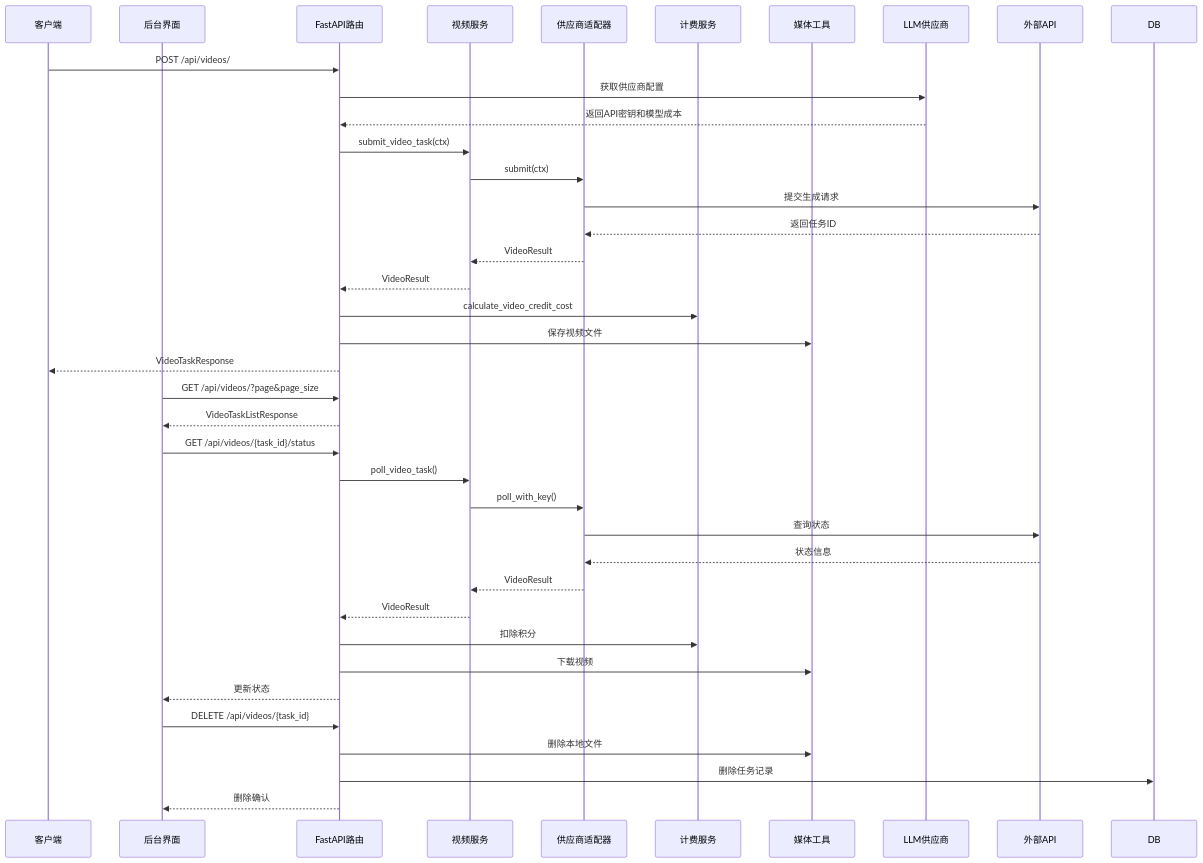
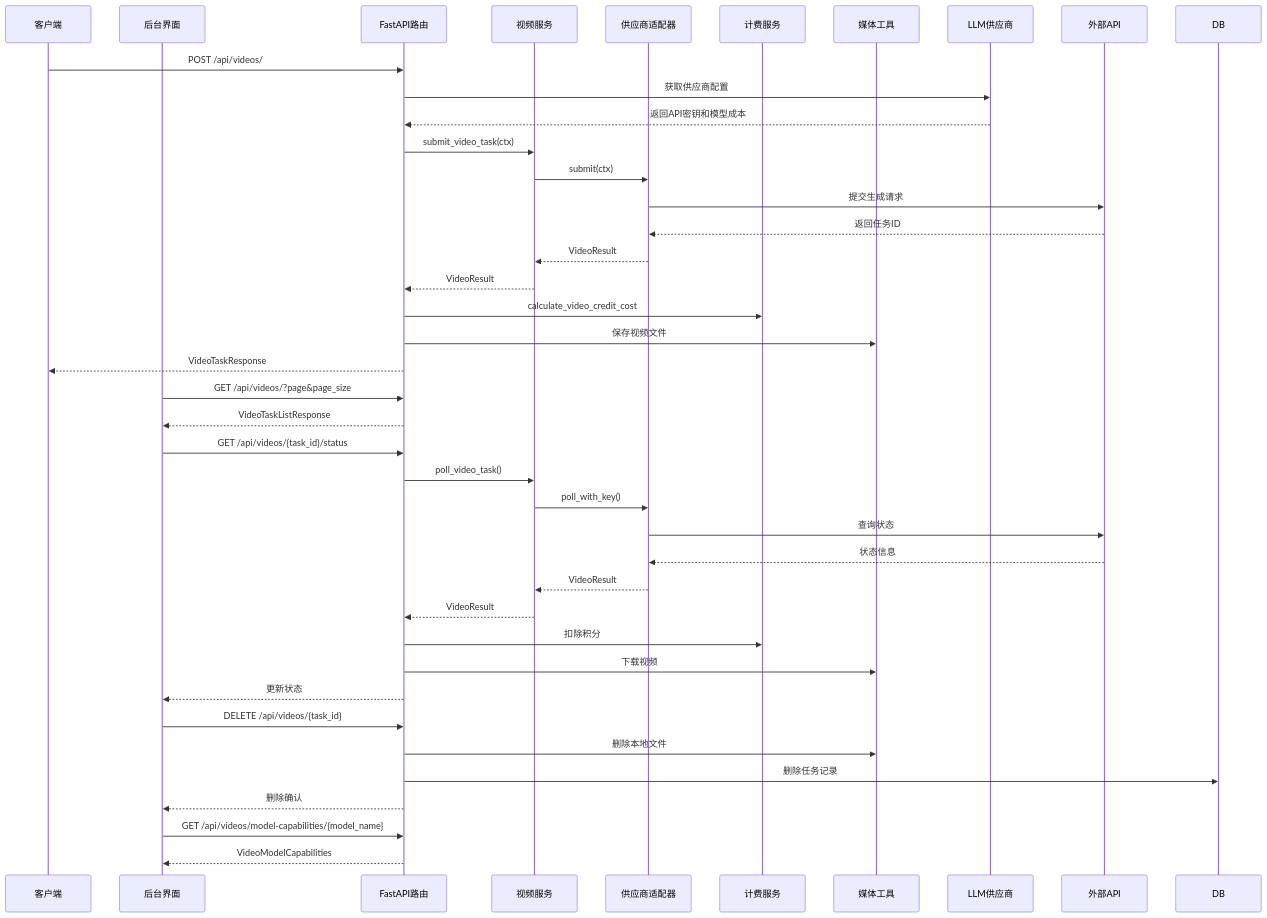
Before and after one commit to KunLabAI/KunFlix: the second of 12 diagrams in .qoder/repowiki/zh/content/API接口文档/视频生成API文档.md, drawn with Mermaid. The commit also changed other lines of this file and 11 other files, not shown here.

````diff
--- a/.qoder/repowiki/zh/content/API接口文档/视频生成API文档.md
+++ b/.qoder/repowiki/zh/content/API接口文档/视频生成API文档.md
@@ -138,40 +150,42 @@
 ```mermaid
 sequenceDiagram
 participant Client as 客户端
 participant AdminUI as 后台界面
 participant API as FastAPI路由
 participant Service as 视频服务
 participant Adapter as 供应商适配器
 participant Billing as 计费服务
 participant Media as 媒体工具
 participant Provider as LLM供应商
 participant External as 外部API
 Client->>API : POST /api/videos/
 API->>Provider : 获取供应商配置
 Provider-->>API : 返回API密钥和模型成本
 API->>Service : submit_video_task(ctx)
 Service->>Adapter : submit(ctx)
 Adapter->>External : 提交生成请求
 External-->>Adapter : 返回任务ID
 Adapter-->>Service : VideoResult
 Service-->>API : VideoResult
 API->>Billing : calculate_video_credit_cost
 API->>Media : 保存视频文件
 API-->>Client : VideoTaskResponse
 AdminUI->>API : GET /api/videos/?page&page_size
 API-->>AdminUI : VideoTaskListResponse
 AdminUI->>API : GET /api/videos/{task_id}/status
 API->>Service : poll_video_task()
 Service->>Adapter : poll_with_key()
 Adapter->>External : 查询状态
 External-->>Adapter : 状态信息
 Adapter-->>Service : VideoResult
 Service-->>API : VideoResult
 API->>Billing : 扣除积分
 API->>Media : 下载视频
 API-->>AdminUI : 更新状态
 AdminUI->>API : DELETE /api/videos/{task_id}
 API->>Media : 删除本地文件
 API->>DB : 删除任务记录
 API-->>AdminUI : 删除确认
+AdminUI->>API : GET /api/videos/model-capabilities/{model_name}
+API-->>AdminUI : VideoModelCapabilities
 ```
````
